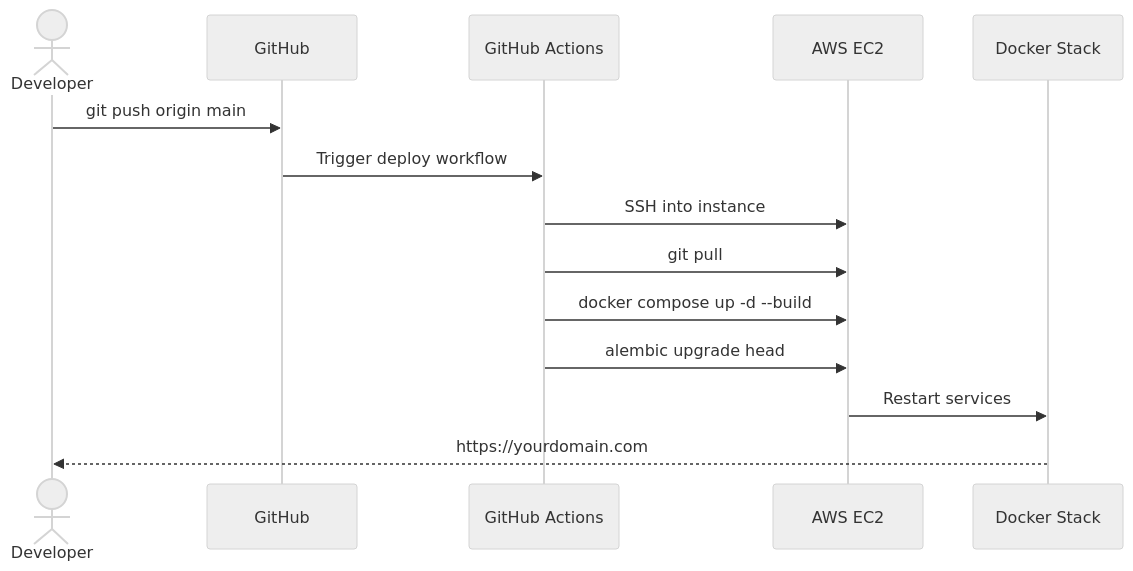
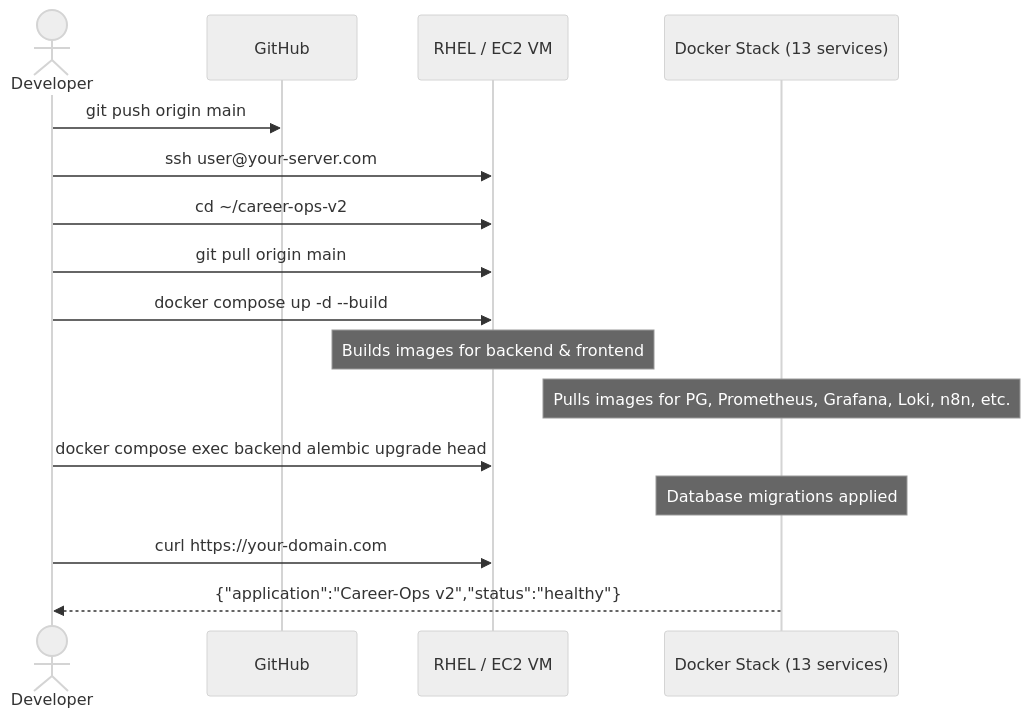
One commit to kmrgautam18-alt/career-ops-v2 changed the third of 3 diagrams in docs/diagrams/09-deployment-diagram.md. Above: the diagram before and after it, drawn with Mermaid (neutral theme). The commit also changed other lines of this file and 2 other files, not shown here.

Commit message:
Update architecture docs, deployment diagram, and add comprehensive RHEL go-live deployment guide with HTTPS, DNS, and public access steps

````diff
--- a/docs/diagrams/09-deployment-diagram.md
+++ b/docs/diagrams/09-deployment-diagram.md
@@ -71,18 +89,19 @@
 ```mermaid
 sequenceDiagram
-
     actor Dev as Developer
     participant Git as GitHub
-    participant CI as GitHub Actions
-    participant EC2 as AWS EC2
-    participant App as Docker Stack
+    participant VM as RHEL / EC2 VM
+    participant Stack as Docker Stack (13 services)
 
     Dev->>Git: git push origin main
-    Git->>CI: Trigger deploy workflow
-    CI->>EC2: SSH into instance
-    CI->>EC2: git pull
-    CI->>EC2: docker compose up -d --build
-    CI->>EC2: alembic upgrade head
-    EC2->>App: Restart services
-    App-->>Dev: https://yourdomain.com
+    Dev->>VM: ssh user@your-server.com
+    Dev->>VM: cd ~/career-ops-v2
+    Dev->>VM: git pull origin main
+    Dev->>VM: docker compose up -d --build
+    Note over VM: Builds images for backend & frontend
+    Note over Stack: Pulls images for PG, Prometheus, Grafana, Loki, n8n, etc.
+    Dev->>VM: docker compose exec backend alembic upgrade head
+    Note over Stack: Database migrations applied
+    Dev->>VM: curl https://your-domain.com
+    Stack-->>Dev: {"application":"Career-Ops v2","status":"healthy"}
 ```
````
